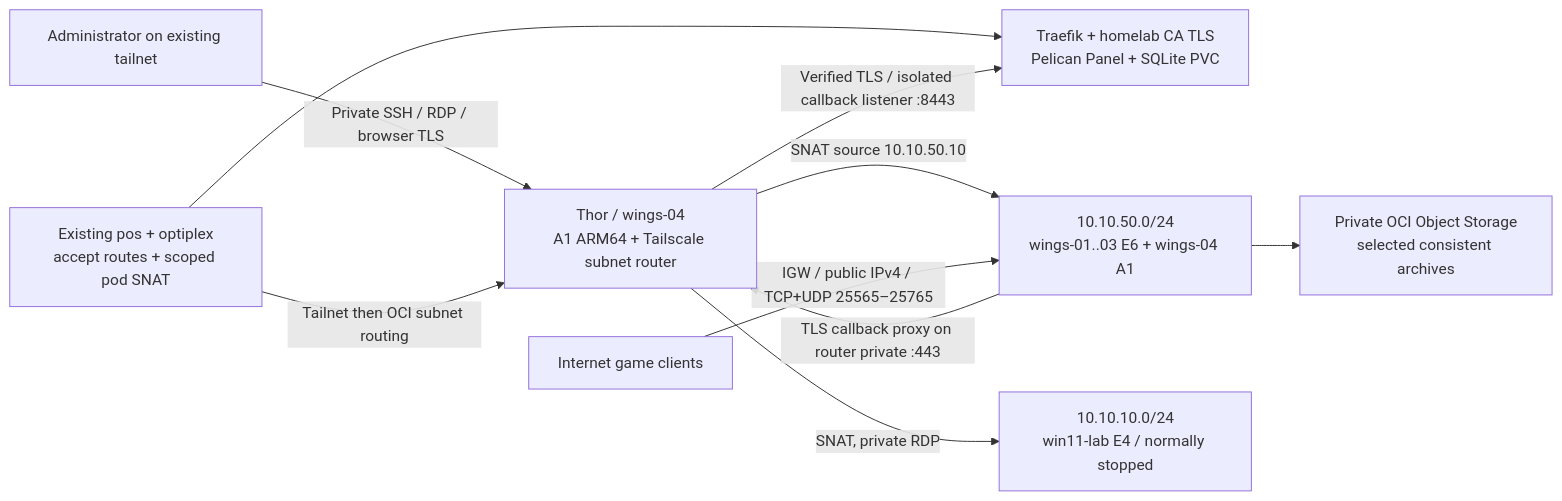
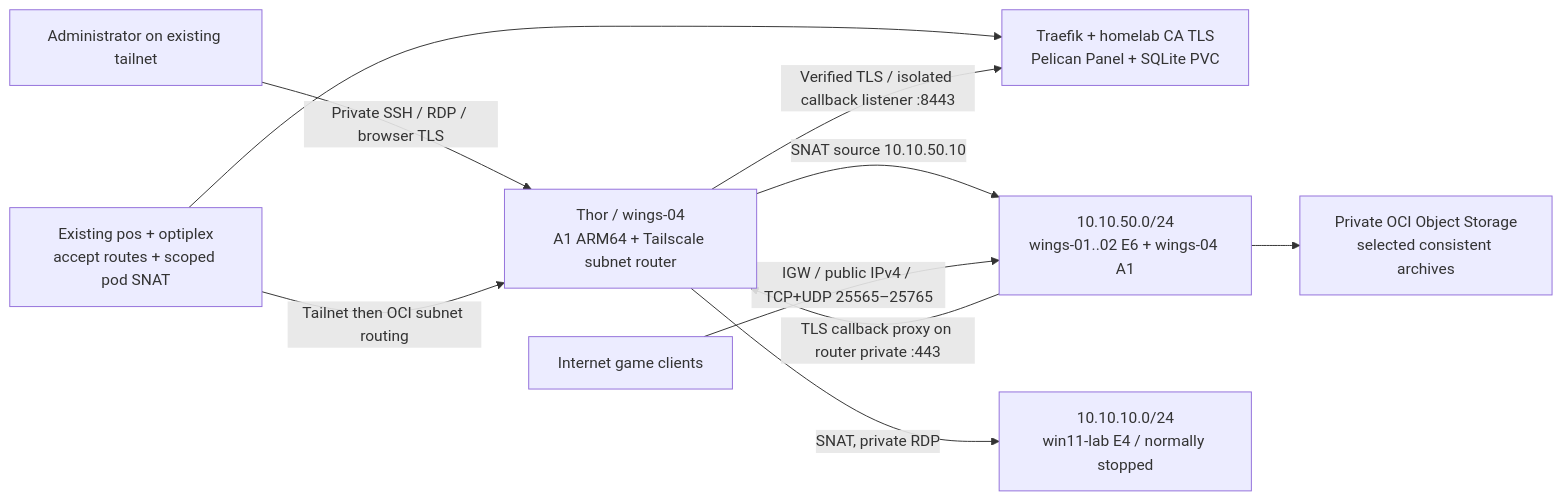
One commit to AFAskar/homelab changed the diagram in oci/docs/architecture.md. Above: the diagram before and after it, drawn with Mermaid. The commit also changed other lines of this file and 18 other files, not shown here.

````diff
--- a/oci/docs/architecture.md
+++ b/oci/docs/architecture.md
@@ -3,12 +3,12 @@
 ```mermaid
 flowchart LR
   Admin[Administrator on existing tailnet] -->|Private SSH / RDP / browser TLS| Router[Thor / wings-04\nA1 ARM64 + Tailscale subnet router]
   K3S[Existing pos + optiplex\naccept routes + scoped pod SNAT] -->|Tailnet then OCI subnet routing| Router
   K3S --> Panel[Traefik + homelab CA TLS\nPelican Panel + SQLite PVC]
-  Router -->|SNAT source 10.10.50.10| Wings[10.10.50.0/24\nwings-01..03 E6 + wings-04 A1]
+  Router -->|SNAT source 10.10.50.10| Wings[10.10.50.0/24\nwings-01..02 E6 + wings-04 A1]
   Router -->|SNAT, private RDP| Win[10.10.10.0/24\nwin11-lab E4 / normally stopped]
   Players[Internet game clients] -->|IGW / public IPv4 / TCP+UDP 25565–25765| Wings
   Wings -->|TLS callback proxy on router private :443| Router
   Router -->|Verified TLS / isolated callback listener :8443| Panel
   Wings --> Backups[Private OCI Object Storage\nselected consistent archives]
 ```
````
